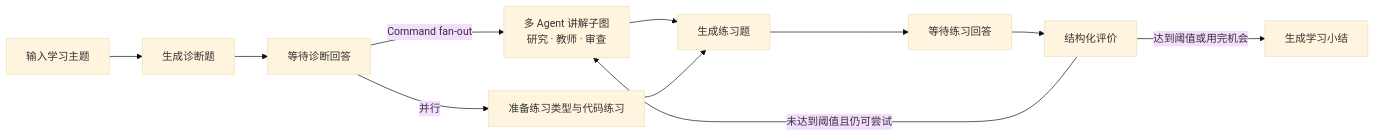
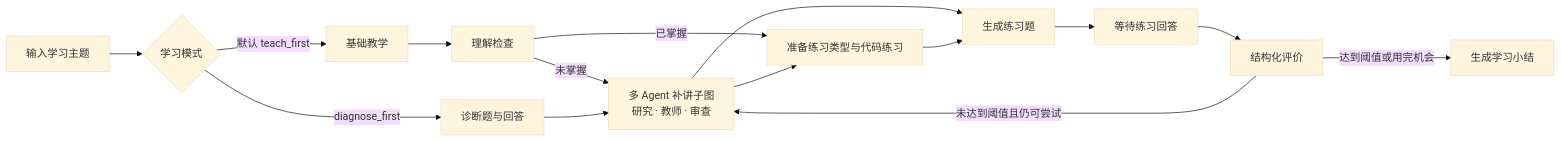
One commit to gtfy12345/learning-coach changed the first of 9 diagrams in README.md. Above: the diagram before and after it, drawn with Mermaid (base theme). The commit also changed other lines of this file and 14 other files, not shown here.

````diff
--- a/README.md
+++ b/README.md
@@ -11,13 +11,17 @@
 ```mermaid
 flowchart LR
-    A[输入学习主题] --> B[生成诊断题]
-    B --> C[等待诊断回答]
-    C -->|Command fan-out| D[多 Agent 讲解子图<br/>研究 · 教师 · 审查]
-    C -->|并行| P[准备练习类型与代码练习]
+    A[输入学习主题] --> M{学习模式}
+    M -->|默认 teach_first| B[基础教学]
+    B --> C[理解检查]
+    C -->|未掌握| D[多 Agent 补讲子图<br/>研究 · 教师 · 审查]
+    C -->|已掌握| P[准备练习类型与代码练习]
+    M -->|diagnose_first| X[诊断题与回答]
+    X --> D
+    D --> P
     D --> Q[生成练习题]
     P --> Q
     Q --> F[等待练习回答]
     F --> G[结构化评价]
     G -->|未达到阈值且仍可尝试| D
     G -->|达到阈值或用完机会| H[生成学习小结]
 ```
````
